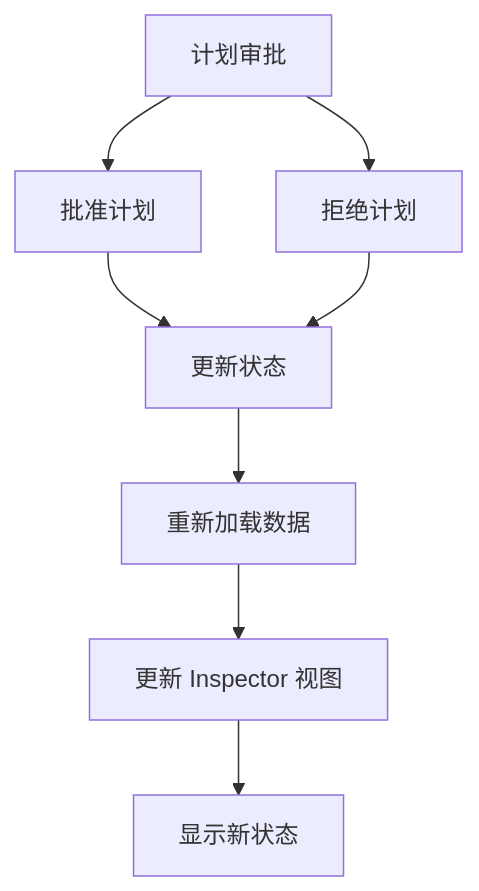
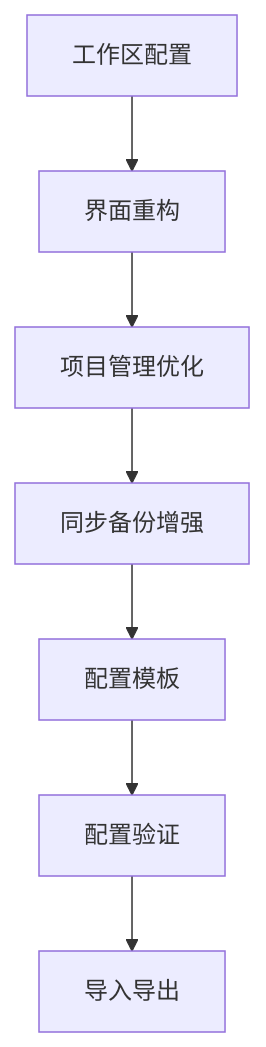
Before and after one commit to coconilu/RepoHelm: diagram 13 of 14 in .qoder/repowiki/zh/content/Web 前端应用/Web 前端应用.md, drawn with Mermaid. The commit also changed other lines of this file and 9 other files, not shown here.

First line of the commit message:
docs(zh): add KnowledgeCenter, Markdown & Mermaid

````diff
--- a/.qoder/repowiki/zh/content/Web 前端应用/Web 前端应用.md
+++ b/.qoder/repowiki/zh/content/Web 前端应用/Web 前端应用.md
@@ -498,10 +696,9 @@
 ```mermaid
 flowchart TD
-Plan["计划审批"] --> Approve["批准计划"]
-Plan --> Reject["拒绝计划"]
-Approve --> Update["更新状态"]
-Reject --> Update
-Update --> Reload["重新加载数据"]
-Reload --> Inspector["更新 Inspector 视图"]
-Inspector --> Status["显示新状态"]
+WorkspaceConfig["工作区配置"] --> Interface["界面重构"]
+Interface --> ProjectManagement["项目管理优化"]
+ProjectManagement --> SyncBackup["同步备份增强"]
+SyncBackup --> Template["配置模板"]
+Template --> Validation["配置验证"]
+Validation --> ImportExport["导入导出"]
 ```
````
